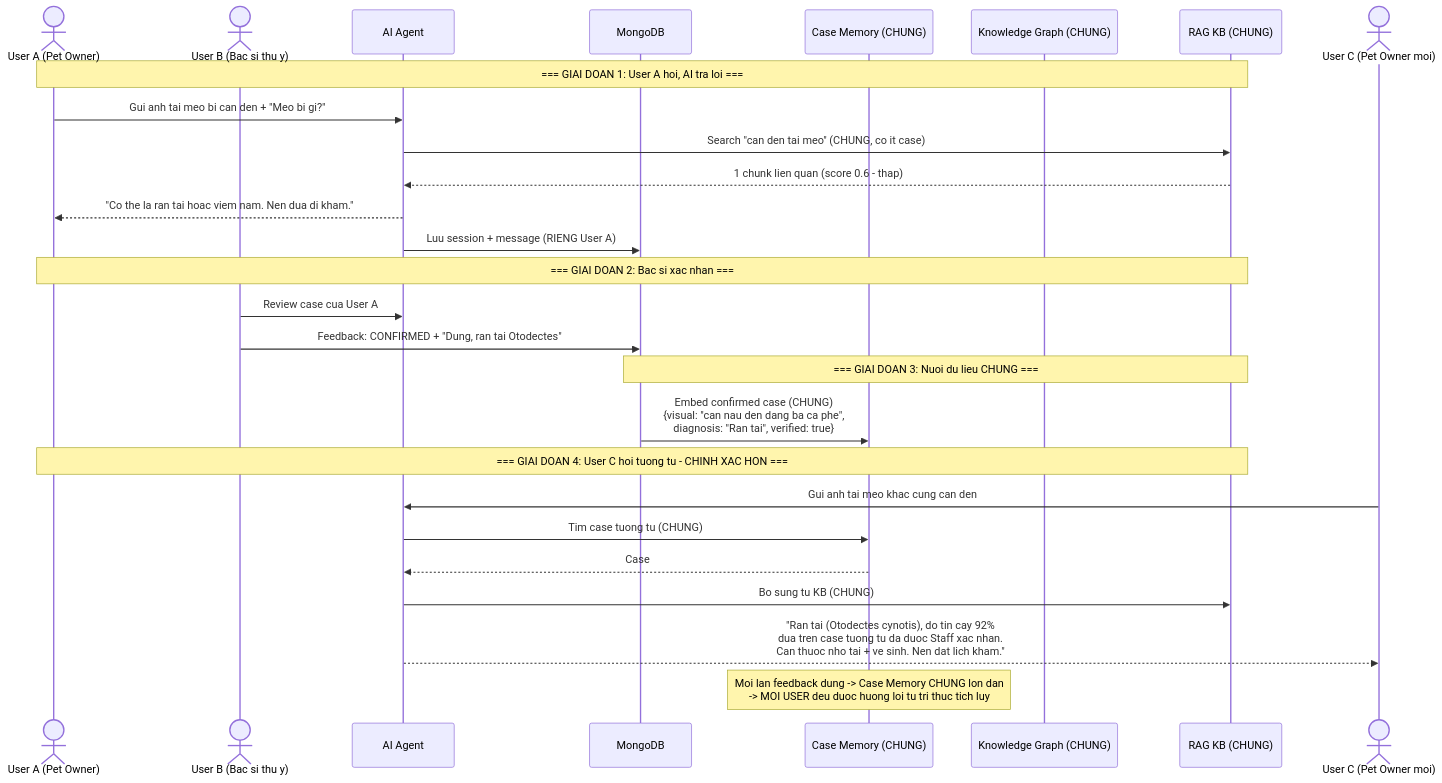
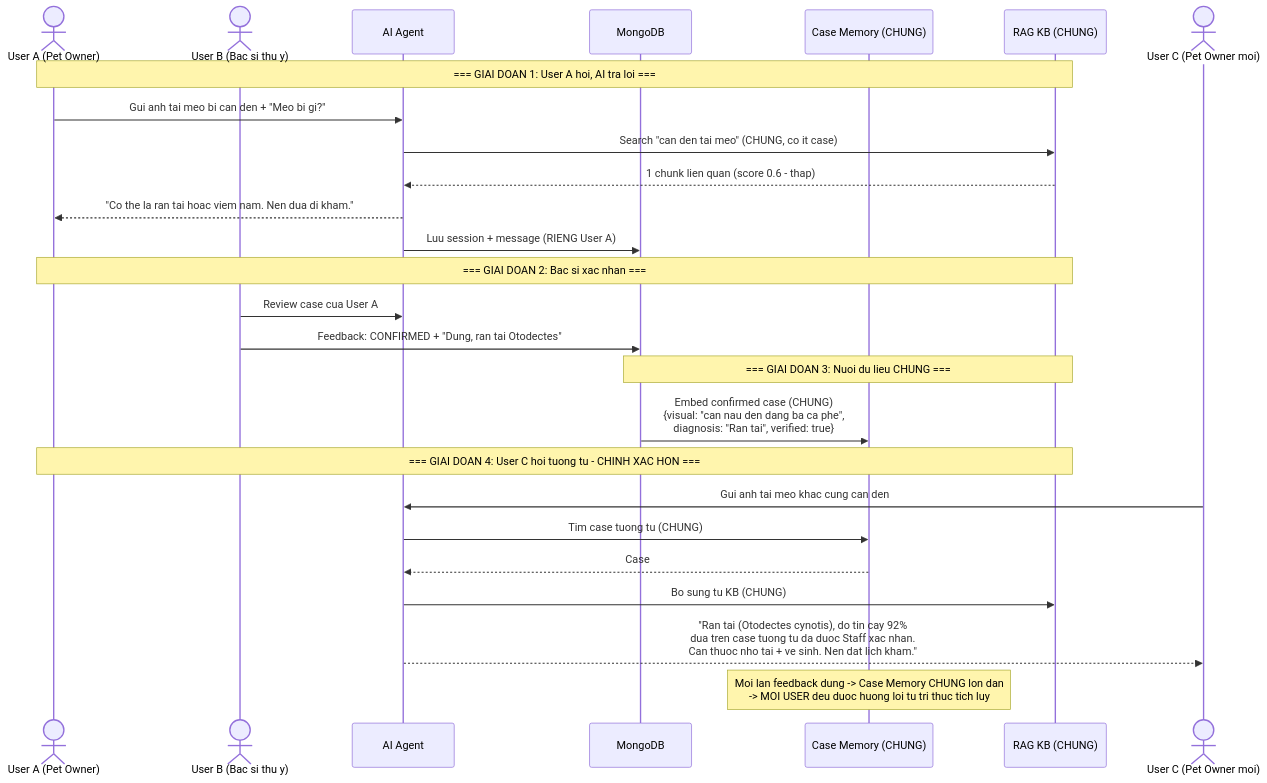
One commit to espresso23/Petties-Veterinary-Appointment-Booking-Platform changed the seventh of 8 diagrams in docs-references/ai-agent/AI_AGENT_DATA_IMPROVEMENT_STRATEGY.md. Above: the diagram before and after it, drawn with Mermaid. The commit also changed other lines of this file and 115 other files, not shown here.

````diff
--- a/docs-references/ai-agent/AI_AGENT_DATA_IMPROVEMENT_STRATEGY.md
+++ b/docs-references/ai-agent/AI_AGENT_DATA_IMPROVEMENT_STRATEGY.md
@@ -1157,34 +988,33 @@
 ```mermaid
 sequenceDiagram
     actor UserA as User A (Pet Owner)
     actor UserB as User B (Bac si thu y)
     participant Agent as AI Agent
     participant MongoDB as MongoDB
     participant CaseMem as Case Memory (CHUNG)
-    participant KG as Knowledge Graph (CHUNG)
     participant RAG as RAG KB (CHUNG)
 
     Note over UserA,RAG: === GIAI DOAN 1: User A hoi, AI tra loi ===
     UserA->>Agent: Gui anh tai meo bi can den + "Meo bi gi?"
     Agent->>RAG: Search "can den tai meo" (CHUNG, co it case)
     RAG-->>Agent: 1 chunk lien quan (score 0.6 - thap)
     Agent-->>UserA: "Co the la ran tai hoac viem nam. Nen dua di kham."
     Agent->>MongoDB: Luu session + message (RIENG User A)
 
     Note over UserA,RAG: === GIAI DOAN 2: Bac si xac nhan ===
     UserB->>Agent: Review case cua User A
     UserB->>MongoDB: Feedback: CONFIRMED + "Dung, ran tai Otodectes"
     
     Note over MongoDB,RAG: === GIAI DOAN 3: Nuoi du lieu CHUNG ===
     MongoDB->>CaseMem: Embed confirmed case (CHUNG)<br/>{visual: "can nau den dang ba ca phe",<br/>diagnosis: "Ran tai", verified: true}
     
     Note over UserA,RAG: === GIAI DOAN 4: User C hoi tuong tu - CHINH XAC HON ===
     actor UserC as User C (Pet Owner moi)
     UserC->>Agent: Gui anh tai meo khac cung can den
     Agent->>CaseMem: Tim case tuong tu (CHUNG)
     CaseMem-->>Agent: Case #1: Ran tai, confirmed boi Staff, score 0.92
     Agent->>RAG: Bo sung tu KB (CHUNG)
     Agent-->>UserC: "Ran tai (Otodectes cynotis), do tin cay 92%<br/>dua tren case tuong tu da duoc Staff xac nhan.<br/>Can thuoc nho tai + ve sinh. Nen dat lich kham."
     
     Note over CaseMem: Moi lan feedback dung -> Case Memory CHUNG lon dan<br/>-> MOI USER deu duoc huong loi tu tri thuc tich luy
 ```
````
